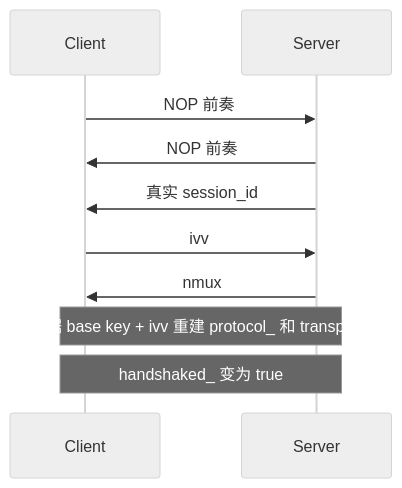
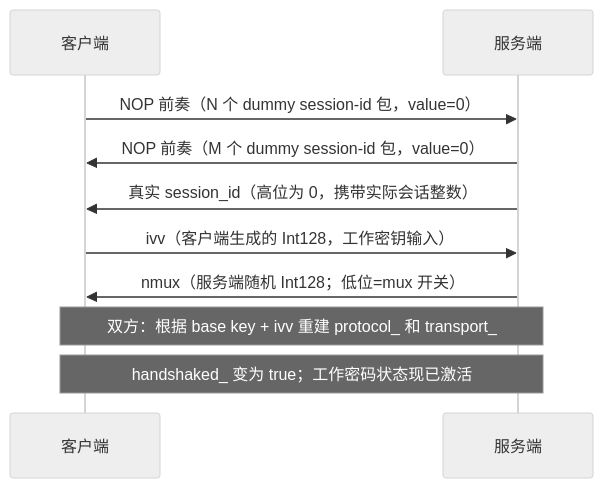
One commit to HyacinthHaru/openppp2 changed the second of 10 diagrams in docs/HANDSHAKE_SEQUENCE_CN.md. Above: the diagram before and after it, drawn with Mermaid (neutral theme). The commit also changed other lines of this file and 93 other files, not shown here.

````diff
--- a/docs/HANDSHAKE_SEQUENCE_CN.md
+++ b/docs/HANDSHAKE_SEQUENCE_CN.md
@@ -36,12 +63,14 @@
 ```mermaid
 sequenceDiagram
-    participant C as Client
-    participant S as Server
-    C->>S: NOP 前奏
-    S->>C: NOP 前奏
-    S->>C: 真实 session_id
-    C->>S: ivv
-    S->>C: nmux
-    Note over C,S: 根据 base key + ivv 重建 protocol_ 和 transport_
-    Note over C,S: handshaked_ 变为 true
+    participant C as 客户端
+    participant S as 服务端
+
+    C->>S: NOP 前奏（N 个 dummy session-id 包，value=0）
+    S->>C: NOP 前奏（M 个 dummy session-id 包，value=0）
+    S->>C: 真实 session_id（高位为 0，携带实际会话整数）
+    C->>S: ivv（客户端生成的 Int128，工作密钥输入）
+    S->>C: nmux（服务端随机 Int128；低位=mux 开关）
+
+    note over C,S: 双方：根据 base key + ivv 重建 protocol_ 和 transport_
+    note over C,S: handshaked_ 变为 true；工作密码状态现已激活
 ```
````
